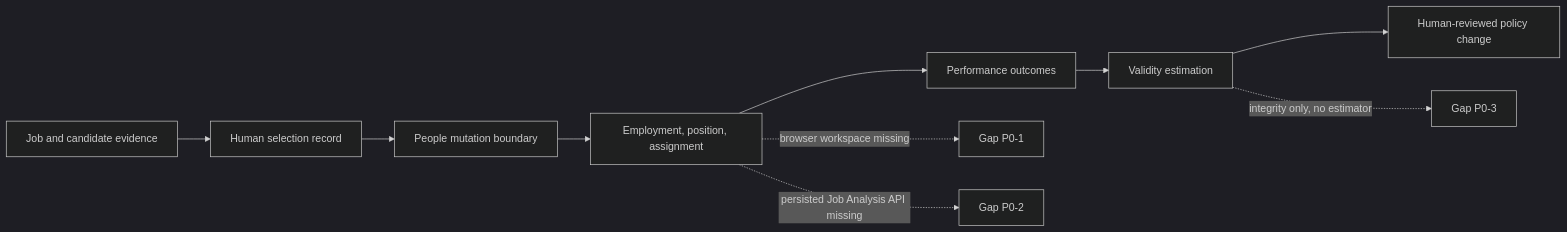
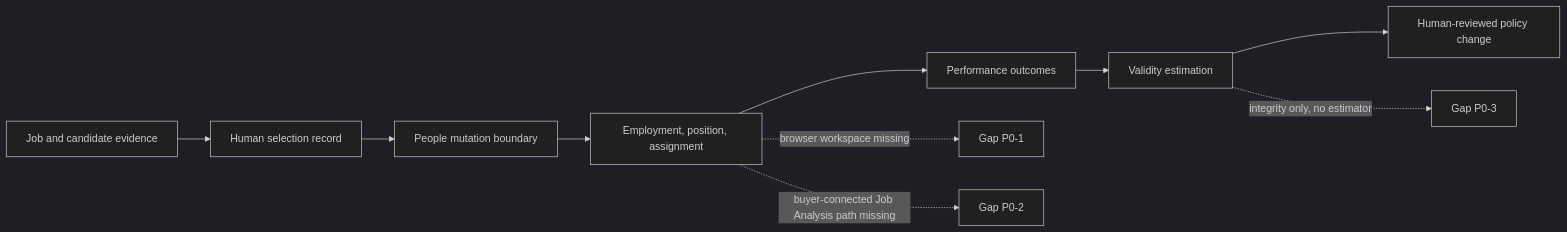
The diagram in docs/product-technical-gap-baseline.md (ContextualWisdomLab/Orgmetra), drawn with Mermaid (dark theme) before and after one commit. The commit also changed other lines of this file and 1 other file, not shown here.

Commit message:
docs: refresh current product gap evidence

````diff
--- a/docs/product-technical-gap-baseline.md
+++ b/docs/product-technical-gap-baseline.md
@@ -26,12 +26,12 @@
 ```mermaid
 flowchart LR
     evidence[Job and candidate evidence] --> selection[Human selection record]
     selection --> mutation[People mutation boundary]
     mutation --> worker[Employment, position, assignment]
     worker --> outcome[Performance outcomes]
     outcome --> validity[Validity estimation]
     validity --> policy[Human-reviewed policy change]
     worker -. browser workspace missing .-> gap1[Gap P0-1]
-    worker -. persisted Job Analysis API missing .-> gap2[Gap P0-2]
+    worker -. buyer-connected Job Analysis path missing .-> gap2[Gap P0-2]
     validity -. integrity only, no estimator .-> gap3[Gap P0-3]
 ```
````
